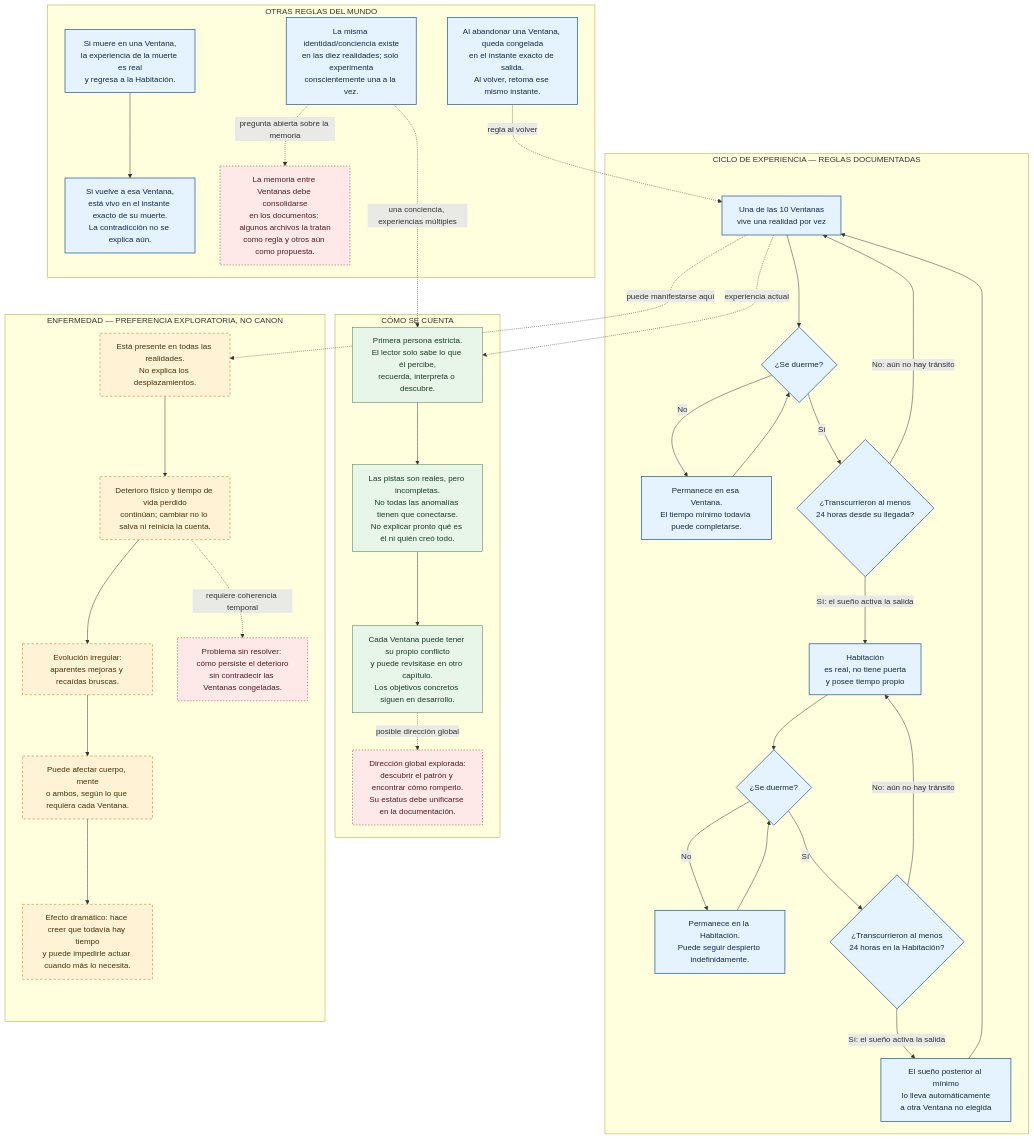
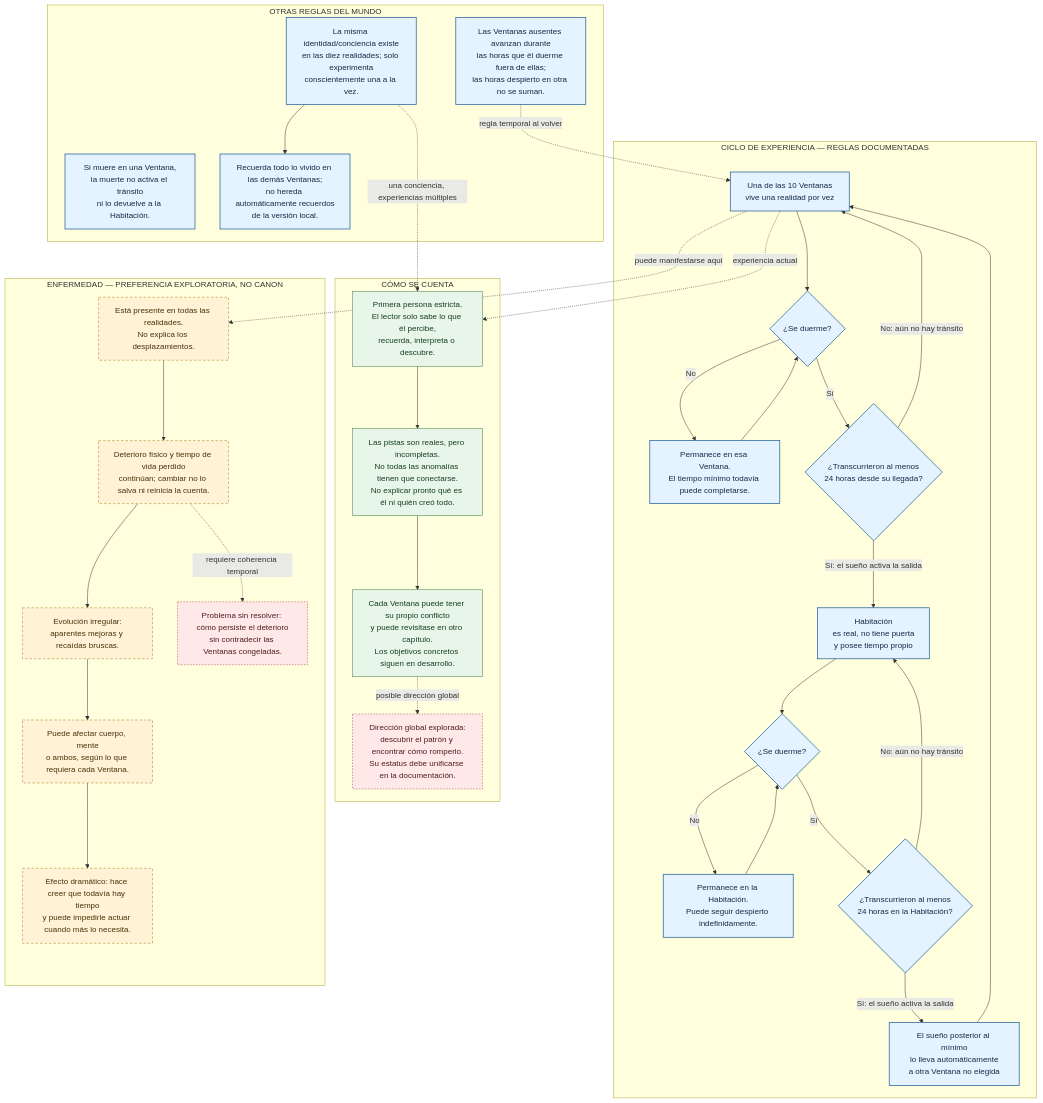
The diagram in IDEAS/MAPA_GENERAL_FUNCIONAMIENTO_WNL_2026-10-12.md (Sebasm2kuy/novela), drawn with Mermaid before and after one commit. The commit also changed other lines of this file, not shown here.

````diff
--- a/IDEAS/MAPA_GENERAL_FUNCIONAMIENTO_WNL_2026-10-12.md
+++ b/IDEAS/MAPA_GENERAL_FUNCIONAMIENTO_WNL_2026-10-12.md
@@ -10,67 +10,66 @@
 ```mermaid
 flowchart TD
   classDef canon fill:#e5f2ff,stroke:#28649b,color:#132b43,stroke-width:1.5px
   classDef idea fill:#fff2d5,stroke:#ab7817,color:#48330b,stroke-dasharray:5 4
   classDef pending fill:#ffe8e8,stroke:#a33b3b,color:#501d1d,stroke-dasharray:3 3
   classDef story fill:#e8f5e9,stroke:#3f7c4b,color:#163e20
 
   subgraph MECHANIC["CICLO DE EXPERIENCIA — REGLAS DOCUMENTADAS"]
     W["Una de las 10 Ventanas<br/>vive una realidad por vez"]:::canon
     WS{"¿Se duerme?"}:::canon
     WWAIT["Permanece en esa Ventana.<br/>El tiempo mínimo todavía puede completarse."]:::canon
     WCHECK{"¿Transcurrieron al menos<br/>24 horas desde su llegada?"}:::canon
     ROOM["Habitación<br/>es real, no tiene puerta<br/>y posee tiempo propio"]:::canon
     RS{"¿Se duerme?"}:::canon
     RWAIT["Permanece en la Habitación.<br/>Puede seguir despierto indefinidamente."]:::canon
     RCHECK{"¿Transcurrieron al menos<br/>24 horas en la Habitación?"}:::canon
     NEXT["El sueño posterior al mínimo<br/>lo lleva automáticamente<br/>a otra Ventana no elegida"]:::canon
 
     W --> WS
     WS -- "No" --> WWAIT
     WWAIT --> WS
     WS -- "Sí" --> WCHECK
     WCHECK -- "No: aún no hay tránsito" --> W
     WCHECK -- "Sí: el sueño activa la salida" --> ROOM
     ROOM --> RS
     RS -- "No" --> RWAIT
     RWAIT --> RS
     RS -- "Sí" --> RCHECK
     RCHECK -- "No: aún no hay tránsito" --> ROOM
     RCHECK -- "Sí: el sueño activa la salida" --> NEXT
     NEXT --> W
   end
 
   subgraph RULES["OTRAS REGLAS DEL MUNDO"]
-    FROZEN["Al abandonar una Ventana, queda congelada<br/>en el instante exacto de salida.<br/>Al volver, retoma ese mismo instante."]:::canon
-    DEATH["Si muere en una Ventana,<br/>la experiencia de la muerte es real<br/>y regresa a la Habitación."]:::canon
-    ALIVE["Si vuelve a esa Ventana,<br/>está vivo en el instante exacto de su muerte.<br/>La contradicción no se explica aún."]:::canon
+    TIMEADV["Las Ventanas ausentes avanzan durante<br/>las horas que él duerme fuera de ellas;<br/>las horas despierto en otra no se suman."]:::canon
+    DEATH["Si muere en una Ventana,<br/>la muerte no activa el tránsito<br/>ni lo devuelve a la Habitación."]:::canon
     IDENTITY["La misma identidad/conciencia existe<br/>en las diez realidades; solo experimenta<br/>conscientemente una a la vez."]:::canon
-    FROZEN -. "regla al volver" .-> W
-    DEATH --> ALIVE
-    IDENTITY -. "pregunta abierta sobre la memoria" .-> MEM["La memoria entre Ventanas debe consolidarse<br/>en los documentos: algunos archivos la tratan<br/>como regla y otros aún como propuesta."]:::pending
+    MEM["Recuerda todo lo vivido en las demás Ventanas;<br/>no hereda automáticamente recuerdos<br/>de la versión local."]:::canon
+    TIMEADV -. "regla temporal al volver" .-> W
+    IDENTITY --> MEM
   end
 
   subgraph STORY["CÓMO SE CUENTA"]
     POV["Primera persona estricta.<br/>El lector solo sabe lo que él percibe,<br/>recuerda, interpreta o descubre."]:::story
     MYSTERY["Las pistas son reales, pero incompletas.<br/>No todas las anomalías tienen que conectarse.<br/>No explicar pronto qué es él ni quién creó todo."]:::story
     LOCAL["Cada Ventana puede tener su propio conflicto<br/>y puede revisitase en otro capítulo.<br/>Los objetivos concretos siguen en desarrollo."]:::story
     GLOBAL["Dirección global explorada:<br/>descubrir el patrón y encontrar cómo romperlo.<br/>Su estatus debe unificarse en la documentación."]:::pending
     POV --> MYSTERY --> LOCAL
     LOCAL -. "posible dirección global" .-> GLOBAL
   end
 
   subgraph ILLNESS["ENFERMEDAD — PREFERENCIA EXPLORATORIA, NO CANON"]
     I1["Está presente en todas las realidades.<br/>No explica los desplazamientos."]:::idea
     I2["Deterioro físico y tiempo de vida perdido<br/>continúan; cambiar no lo salva ni reinicia la cuenta."]:::idea
     I3["Evolución irregular:<br/>aparentes mejoras y recaídas bruscas."]:::idea
     I4["Puede afectar cuerpo, mente<br/>o ambos, según lo que requiera cada Ventana."]:::idea
     I5["Efecto dramático: hace creer que todavía hay tiempo<br/>y puede impedirle actuar cuando más lo necesita."]:::idea
     I6["Problema sin resolver: cómo persiste el deterioro<br/>sin contradecir las Ventanas congeladas."]:::pending
     I1 --> I2 --> I3 --> I4 --> I5
     I2 -. "requiere coherencia temporal" .-> I6
   end
 
   W -. "experiencia actual" .-> POV
   IDENTITY -. "una conciencia, experiencias múltiples" .-> POV
   W -. "puede manifestarse aquí" .-> I1
 ```
````
